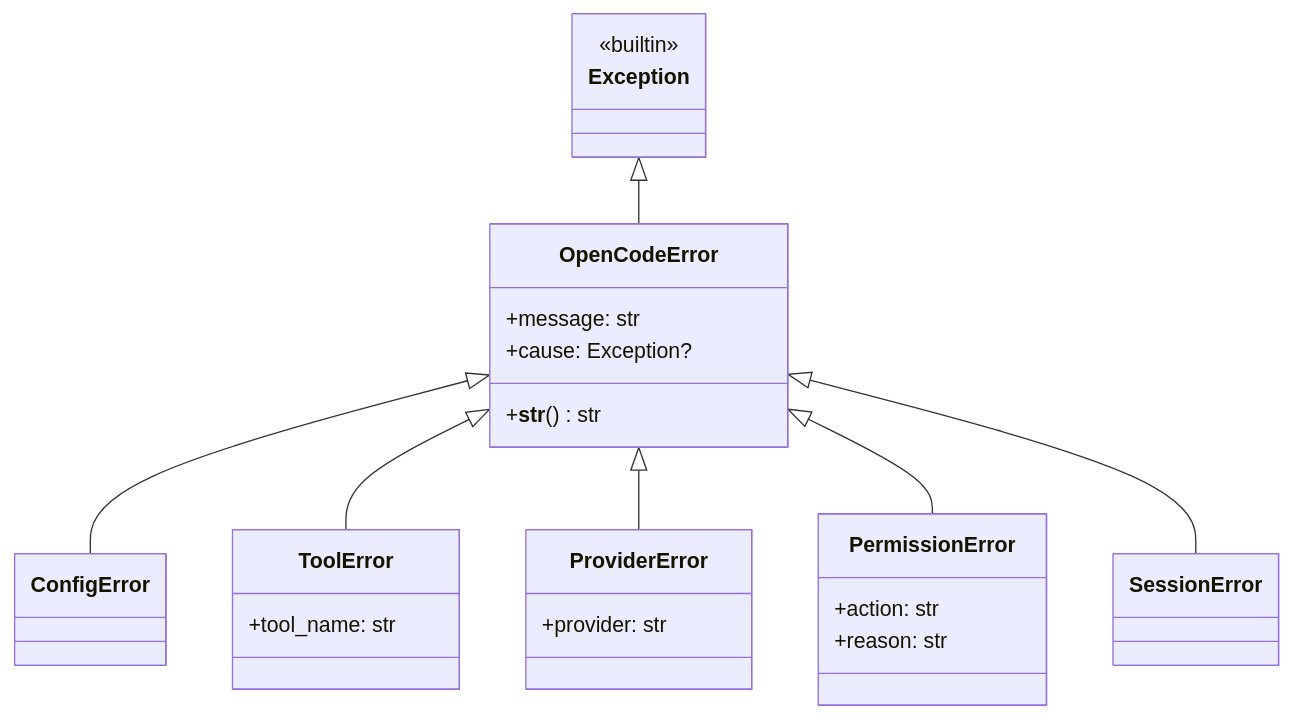
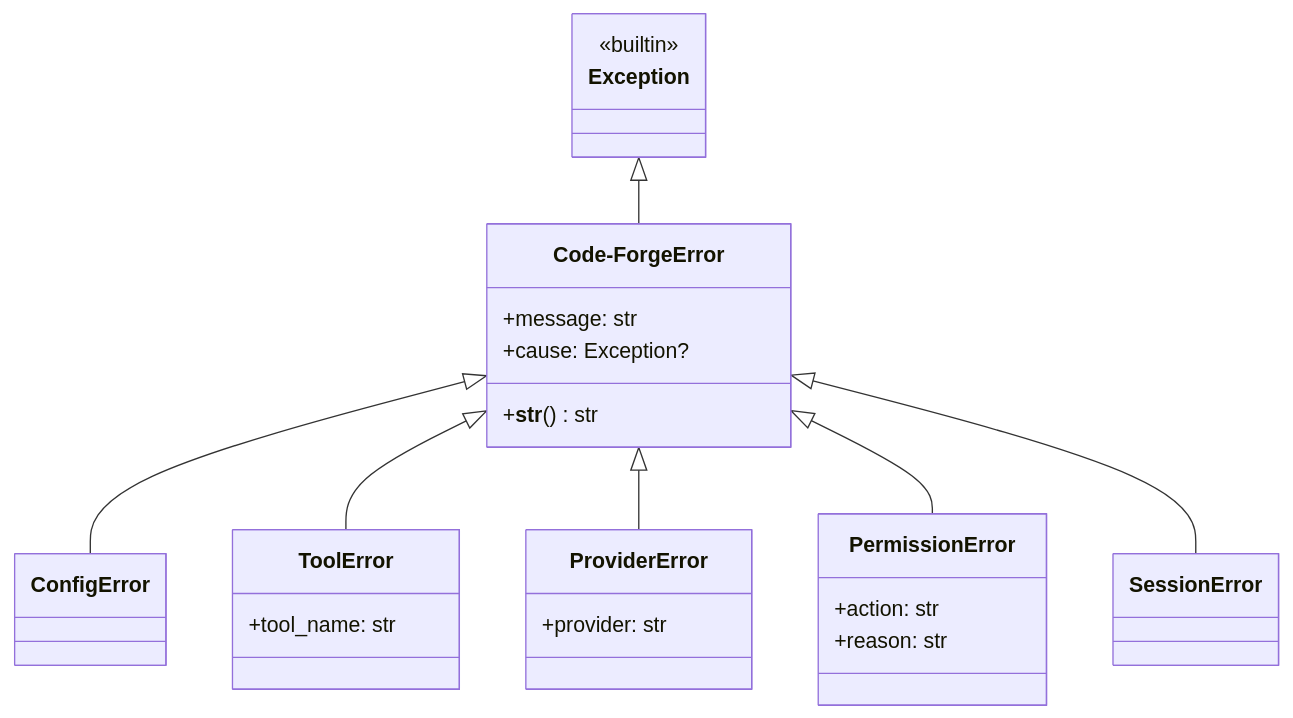
Before and after one commit to corey-rosamond/Code-Forge: the fourth of 9 diagrams in .ai/phase/1.1/UML.md, drawn with Mermaid. The commit also changed other lines of this file and 505 other files, not shown here.

First line of the commit message:
Rename project from OpenCode to Code-Forge

````diff
--- a/.ai/phase/1.1/UML.md
+++ b/.ai/phase/1.1/UML.md
@@ -163,38 +163,38 @@
 ```mermaid
 classDiagram
     class Exception {
         <<builtin>>
     }
 
-    class OpenCodeError {
+    class Code-ForgeError {
         +message: str
         +cause: Exception?
         +__str__() str
     }
 
     class ConfigError {
     }
 
     class ToolError {
         +tool_name: str
     }
 
     class ProviderError {
         +provider: str
     }
 
     class PermissionError {
         +action: str
         +reason: str
     }
 
     class SessionError {
     }
 
-    Exception <|-- OpenCodeError
-    OpenCodeError <|-- ConfigError
-    OpenCodeError <|-- ToolError
-    OpenCodeError <|-- ProviderError
-    OpenCodeError <|-- PermissionError
-    OpenCodeError <|-- SessionError
+    Exception <|-- Code-ForgeError
+    Code-ForgeError <|-- ConfigError
+    Code-ForgeError <|-- ToolError
+    Code-ForgeError <|-- ProviderError
+    Code-ForgeError <|-- PermissionError
+    Code-ForgeError <|-- SessionError
 ```
````
